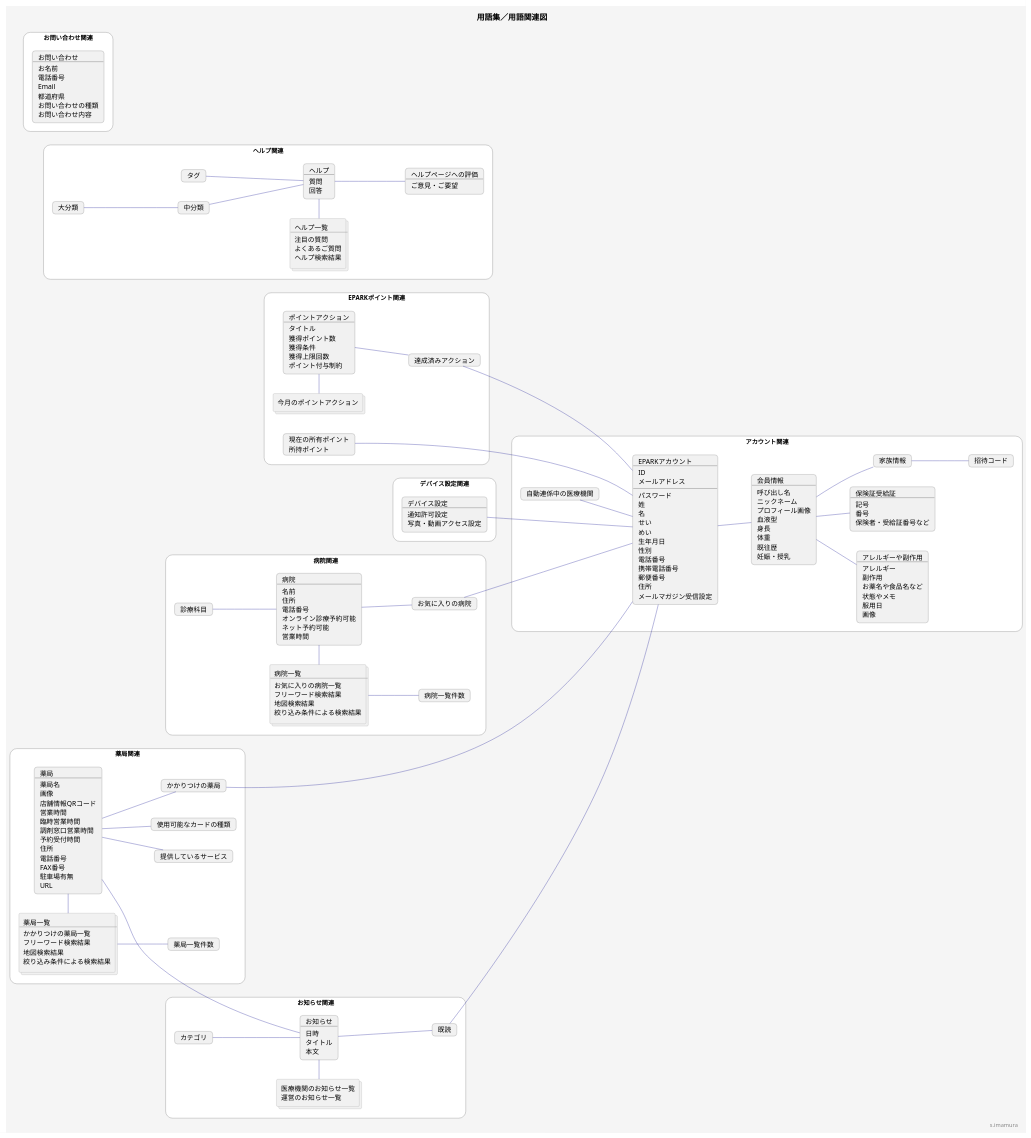
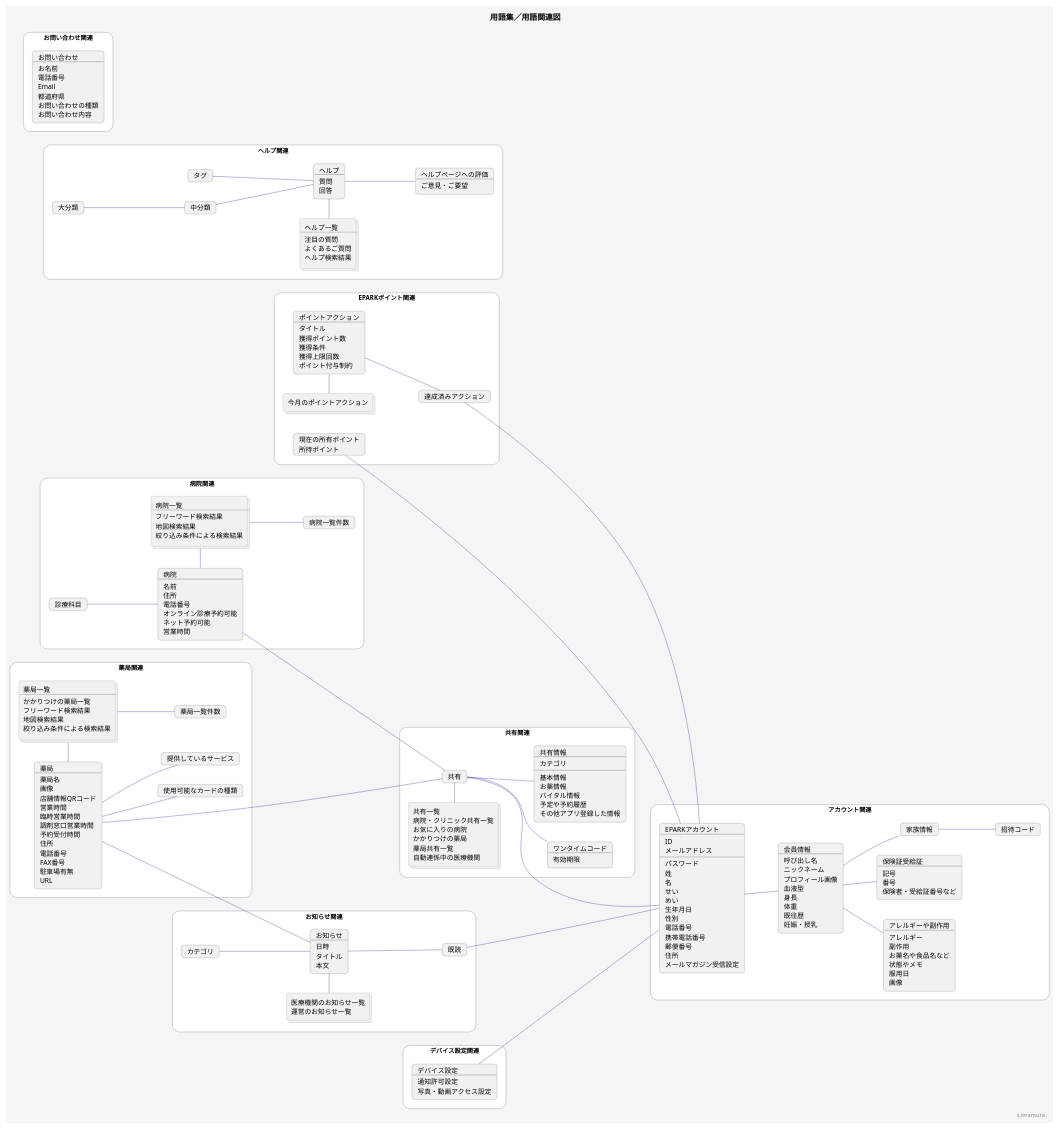
Before and after one commit to ShoheiImamura/blog2023: the diagram in src/content/blog/2023-02-18-uipocket-modeling-okusuritecho.md, drawn with PlantUML.

Commit message:
共有関連情報の追加

```diff
--- a/src/content/blog/2023-02-18-uipocket-modeling-okusuritecho.md
+++ b/src/content/blog/2023-02-18-uipocket-modeling-okusuritecho.md
@@ -164,7 +164,6 @@
     番号
     保険者・受給証番号など
   ]
-  card 自動連係中の医療機関
   card 家族情報
   card 招待コード
 
@@ -173,7 +172,6 @@
   会員情報 -- アレルギーや副作用
   会員情報 -- 保険証受給証
 
-  自動連係中の医療機関 -- EPARKアカウント
   会員情報 -- 家族情報
   家族情報 -- 招待コード
 
@@ -215,7 +213,6 @@
   collections 病院一覧 [
     病院一覧
     --
-    お気に入りの病院一覧
     フリーワード検索結果
     地図検索結果
     絞り込み条件による検索結果
@@ -232,7 +229,6 @@
     営業時間
   ]
   card 診療科目
-  card お気に入りの病院
 
   ' コレクション
   病院一覧 - 病院
@@ -240,10 +236,7 @@
   ' 内部関連
   診療科目 -- 病院
   病院一覧 -- 病院一覧件数
-  病院 -- お気に入りの病院
 
-  ' 外部関連
-  お気に入りの病院 --- EPARKアカウント
 }
 
 rectangle 薬局関連 {
@@ -274,7 +267,6 @@
   ]
   card 提供しているサービス
   card 使用可能なカードの種類
-  card かかりつけの薬局
 
   ' コレクション
   薬局一覧 - 薬局
@@ -282,10 +274,47 @@
   薬局一覧 -- 薬局一覧件数
   薬局 -- 提供しているサービス
   薬局 -- 使用可能なカードの種類
-  薬局 -- かかりつけの薬局
   ' 外部関連
-  かかりつけの薬局 --- EPARKアカウント
+}
 
+rectangle 共有関連 {
+  card 共有
+  collections 共有一覧 [
+    共有一覧
+    病院・クリニック共有一覧
+    お気に入りの病院
+    かかりつけの薬局
+    薬局共有一覧
+    自動連係中の医療機関
+  ]
+
+  card 共有情報 [
+    共有情報
+    --
+    カテゴリ
+    --
+    基本情報
+    お薬情報
+    バイタル情報
+    予定や予約履歴
+    その他アプリ登録した情報
+  ]
+
+  card ワンタイムコード [
+    ワンタイムコード
+    --
+    有効期限
+  ]
+
+  ' コレクション
+  共有一覧 - 共有
+  ' 内部関連
+  共有 -- 共有情報
+  共有 -- ワンタイムコード
+  ' 外部関連
+  病院 --- 共有
+  薬局 --- 共有
+  共有 --- EPARKアカウント
 }
 
 rectangle ヘルプ関連 {
```
